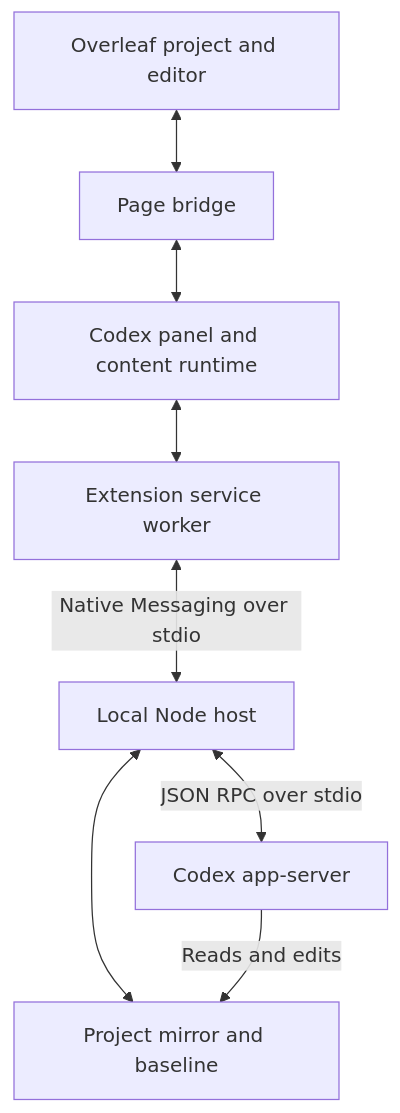
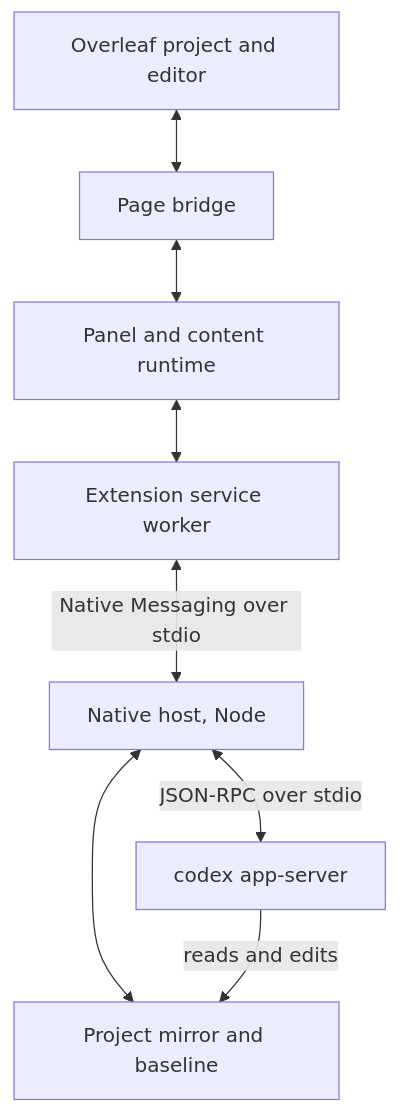
The diagram in README.md (Ghqqqq/codex-overleaf-link), drawn with Mermaid before and after one commit. The commit also changed other lines of this file and 13 other files, not shown here.

````diff
--- a/README.md
+++ b/README.md
@@ -358,10 +152,10 @@
 ```mermaid
 flowchart TD
     O[Overleaf project and editor] <--> P[Page bridge]
-    P <--> C[Codex panel and content runtime]
+    P <--> C[Panel and content runtime]
     C <--> B[Extension service worker]
-    B <-->|Native Messaging over stdio| N[Local Node host]
+    B <-->|Native Messaging over stdio| N[Native host, Node]
     N <--> M[Project mirror and baseline]
-    N <-->|JSON RPC over stdio| A[Codex app-server]
-    A -->|Reads and edits| M
+    N <-->|JSON-RPC over stdio| A[codex app-server]
+    A -->|reads and edits| M
 ```
````
